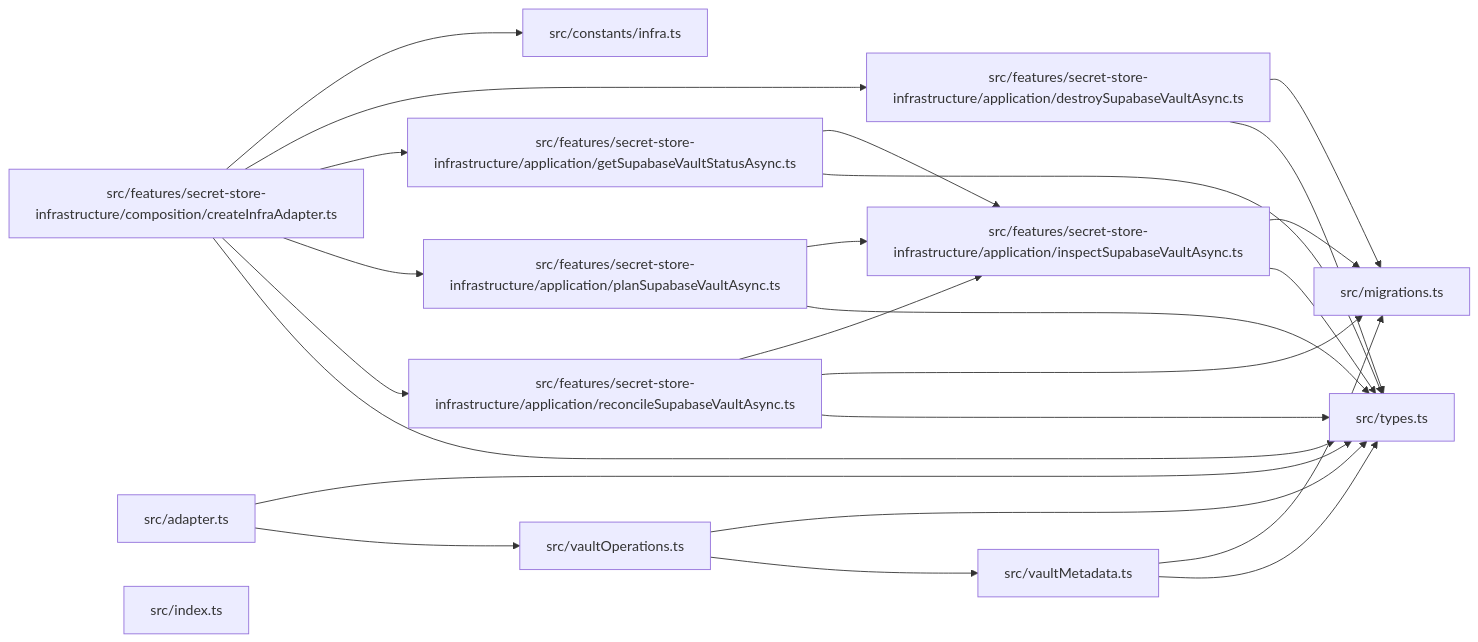
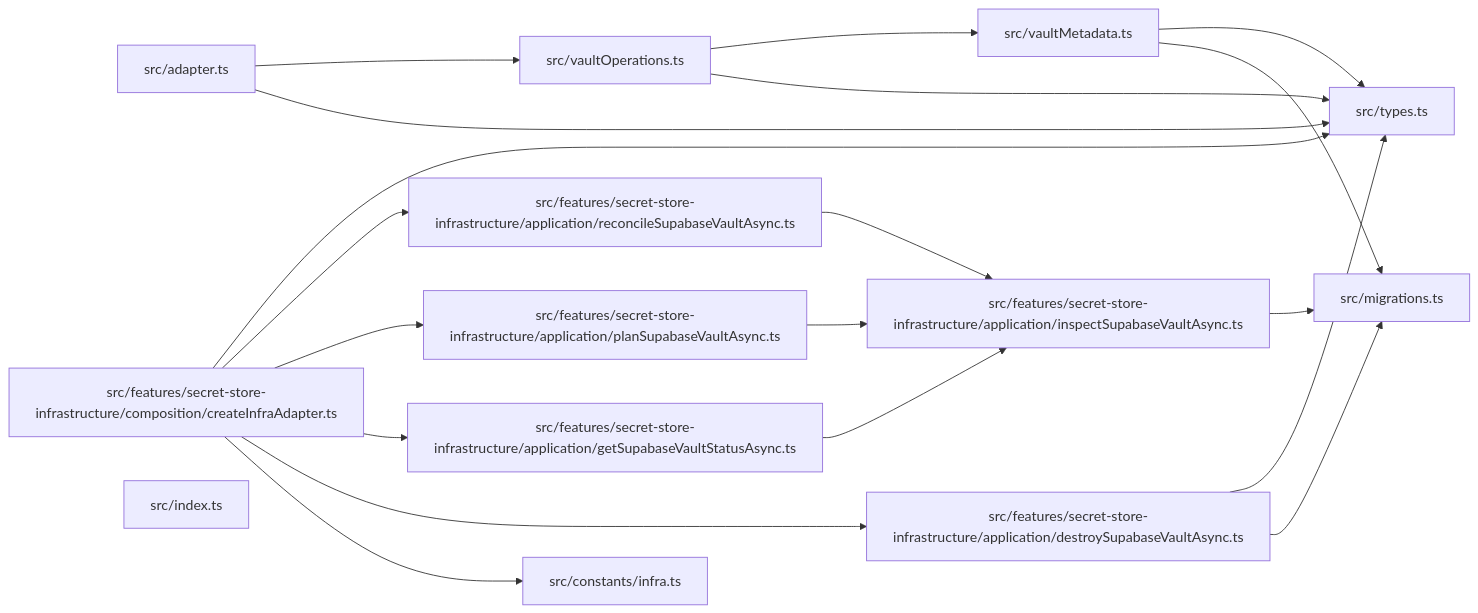
Before and after one commit to ankhorage/supabase-vault: the diagram in docs/diagrams/module-relationships.mmd, drawn with Mermaid. The commit also changed 14 other files, not shown here.

First line of the commit message:
fix(supabase-vault): restore fresh Infra bootstrap through Supabase migration lifecycle

```diff
--- a/docs/diagrams/module-relationships.mmd
+++ b/docs/diagrams/module-relationships.mmd
@@ -1,37 +1,32 @@
 graph LR
   module_src_adapter_ts["src/adapter.ts"]
   module_src_constants_infra_ts["src/constants/infra.ts"]
   module_src_features_secret_store_infrastructure_application_destroySupabaseVaultAsync_ts["src/features/secret-store-infrastructure/application/destroySupabaseVaultAsync.ts"]
   module_src_features_secret_store_infrastructure_application_getSupabaseVaultStatusAsync_ts["src/features/secret-store-infrastructure/application/getSupabaseVaultStatusAsync.ts"]
   module_src_features_secret_store_infrastructure_application_inspectSupabaseVaultAsync_ts["src/features/secret-store-infrastructure/application/inspectSupabaseVaultAsync.ts"]
   module_src_features_secret_store_infrastructure_application_planSupabaseVaultAsync_ts["src/features/secret-store-infrastructure/application/planSupabaseVaultAsync.ts"]
   module_src_features_secret_store_infrastructure_application_reconcileSupabaseVaultAsync_ts["src/features/secret-store-infrastructure/application/reconcileSupabaseVaultAsync.ts"]
   module_src_features_secret_store_infrastructure_composition_createInfraAdapter_ts["src/features/secret-store-infrastructure/composition/createInfraAdapter.ts"]
   module_src_index_ts["src/index.ts"]
   module_src_migrations_ts["src/migrations.ts"]
   module_src_types_ts["src/types.ts"]
   module_src_vaultMetadata_ts["src/vaultMetadata.ts"]
   module_src_vaultOperations_ts["src/vaultOperations.ts"]
   module_src_adapter_ts --> module_src_types_ts
   module_src_adapter_ts --> module_src_vaultOperations_ts
   module_src_features_secret_store_infrastructure_application_destroySupabaseVaultAsync_ts --> module_src_migrations_ts
   module_src_features_secret_store_infrastructure_application_destroySupabaseVaultAsync_ts --> module_src_types_ts
   module_src_features_secret_store_infrastructure_application_getSupabaseVaultStatusAsync_ts --> module_src_features_secret_store_infrastructure_application_inspectSupabaseVaultAsync_ts
-  module_src_features_secret_store_infrastructure_application_getSupabaseVaultStatusAsync_ts --> module_src_types_ts
   module_src_features_secret_store_infrastructure_application_inspectSupabaseVaultAsync_ts --> module_src_migrations_ts
-  module_src_features_secret_store_infrastructure_application_inspectSupabaseVaultAsync_ts --> module_src_types_ts
   module_src_features_secret_store_infrastructure_application_planSupabaseVaultAsync_ts --> module_src_features_secret_store_infrastructure_application_inspectSupabaseVaultAsync_ts
-  module_src_features_secret_store_infrastructure_application_planSupabaseVaultAsync_ts --> module_src_types_ts
   module_src_features_secret_store_infrastructure_application_reconcileSupabaseVaultAsync_ts --> module_src_features_secret_store_infrastructure_application_inspectSupabaseVaultAsync_ts
-  module_src_features_secret_store_infrastructure_application_reconcileSupabaseVaultAsync_ts --> module_src_migrations_ts
-  module_src_features_secret_store_infrastructure_application_reconcileSupabaseVaultAsync_ts --> module_src_types_ts
   module_src_features_secret_store_infrastructure_composition_createInfraAdapter_ts --> module_src_constants_infra_ts
   module_src_features_secret_store_infrastructure_composition_createInfraAdapter_ts --> module_src_features_secret_store_infrastructure_application_destroySupabaseVaultAsync_ts
   module_src_features_secret_store_infrastructure_composition_createInfraAdapter_ts --> module_src_features_secret_store_infrastructure_application_getSupabaseVaultStatusAsync_ts
   module_src_features_secret_store_infrastructure_composition_createInfraAdapter_ts --> module_src_features_secret_store_infrastructure_application_planSupabaseVaultAsync_ts
   module_src_features_secret_store_infrastructure_composition_createInfraAdapter_ts --> module_src_features_secret_store_infrastructure_application_reconcileSupabaseVaultAsync_ts
   module_src_features_secret_store_infrastructure_composition_createInfraAdapter_ts --> module_src_types_ts
   module_src_vaultMetadata_ts --> module_src_migrations_ts
   module_src_vaultMetadata_ts --> module_src_types_ts
   module_src_vaultOperations_ts --> module_src_types_ts
   module_src_vaultOperations_ts --> module_src_vaultMetadata_ts
```
